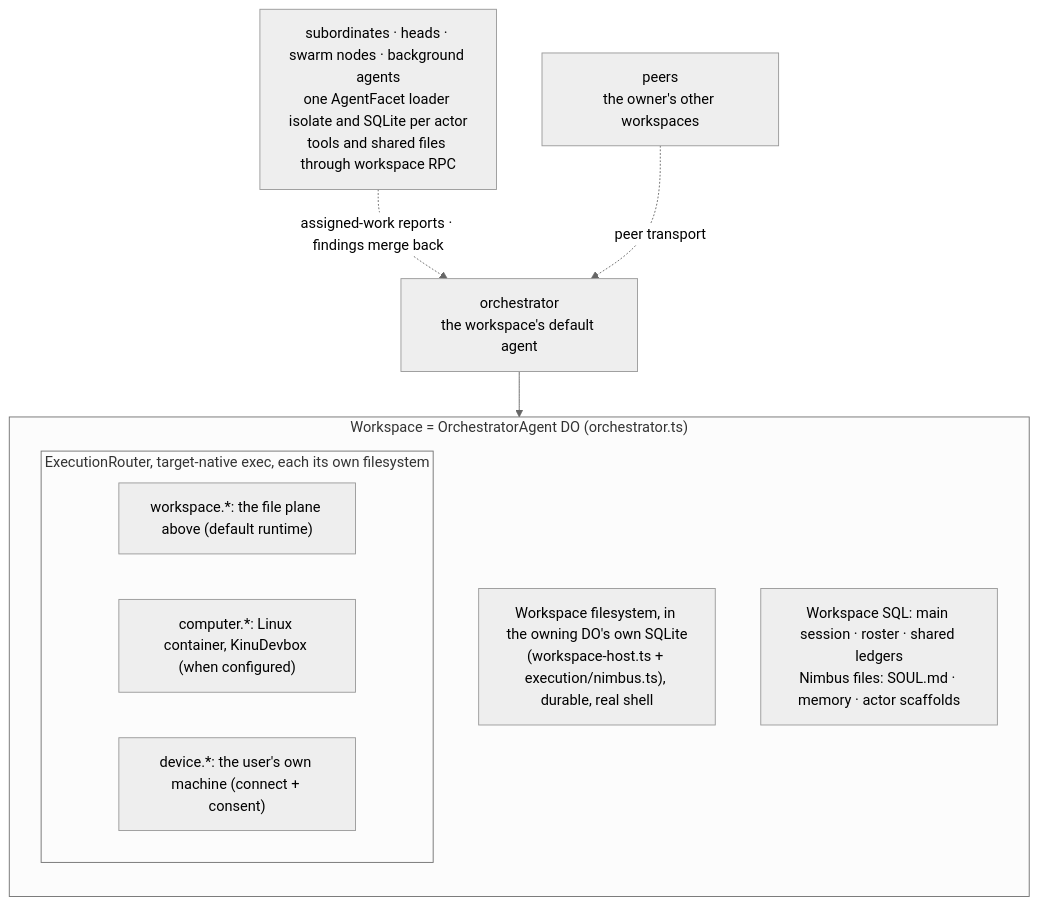
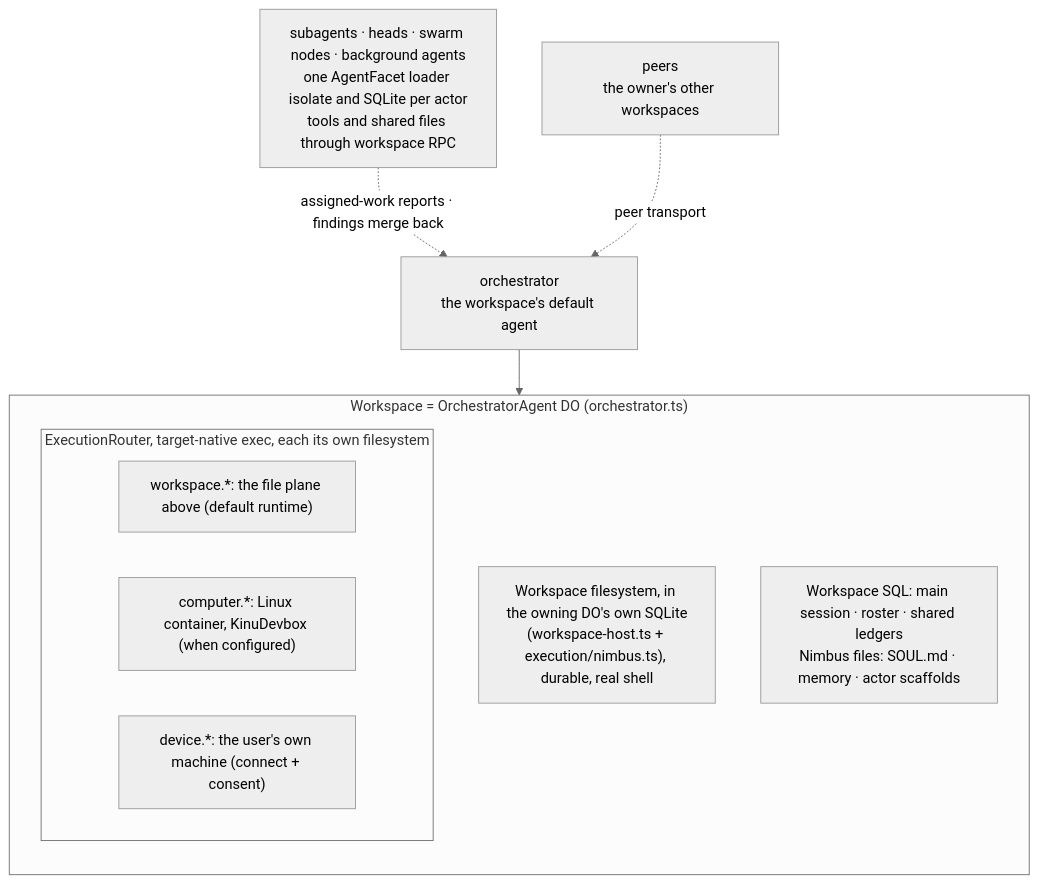
The first of 5 diagrams in docs/ARCHITECTURE.md (AshishKumar4/kinu), drawn with Mermaid (neutral theme) before and after one commit. The commit also changed other lines of this file and 332 other files, not shown here.

````diff
--- a/docs/ARCHITECTURE.md
+++ b/docs/ARCHITECTURE.md
@@ -33,17 +33,17 @@
 ```mermaid
 graph TB
     subgraph WS["Workspace = OrchestratorAgent DO (orchestrator.ts)"]
         direction TB
         Files["Workspace filesystem, in the owning DO's own SQLite<br/>(workspace-host.ts + execution/nimbus.ts), durable, real shell"]
         subgraph Execs["ExecutionRouter, target-native exec, each its own filesystem"]
             W["workspace.*: the file plane above (default runtime)"]
             S["computer.*: Linux container, KinuDevbox (when configured)"]
             P["device.*: the user's own machine (connect + consent)"]
         end
         State["Workspace SQL: main session · roster · shared ledgers<br/>Nimbus files: SOUL.md · memory · actor scaffolds"]
     end
 
     Orch["orchestrator<br/>the workspace's default agent"] --> WS
-    Subs["subordinates · heads · swarm nodes · background agents<br/>one AgentFacet loader isolate and SQLite per actor<br/>tools and shared files through workspace RPC"] -.->|assigned-work reports · findings merge back| Orch
+    Subs["subagents · heads · swarm nodes · background agents<br/>one AgentFacet loader isolate and SQLite per actor<br/>tools and shared files through workspace RPC"] -.->|assigned-work reports · findings merge back| Orch
     Peers["peers<br/>the owner's other workspaces"] -.->|peer transport| Orch
 ```
````
